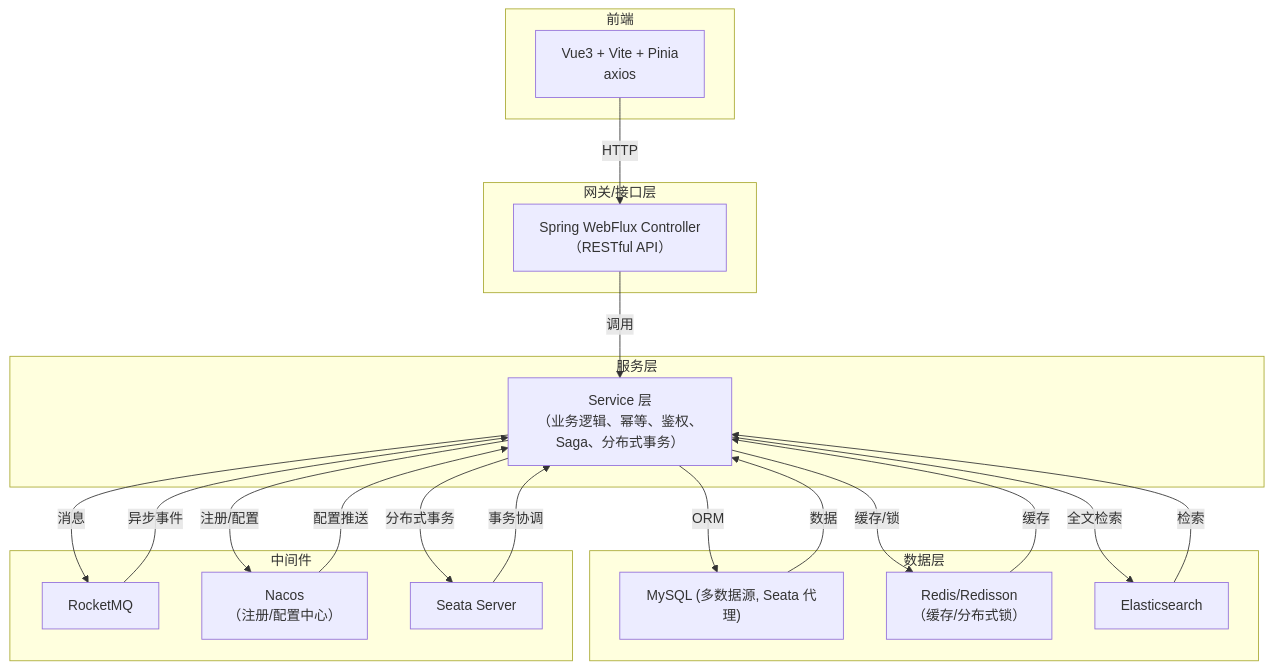
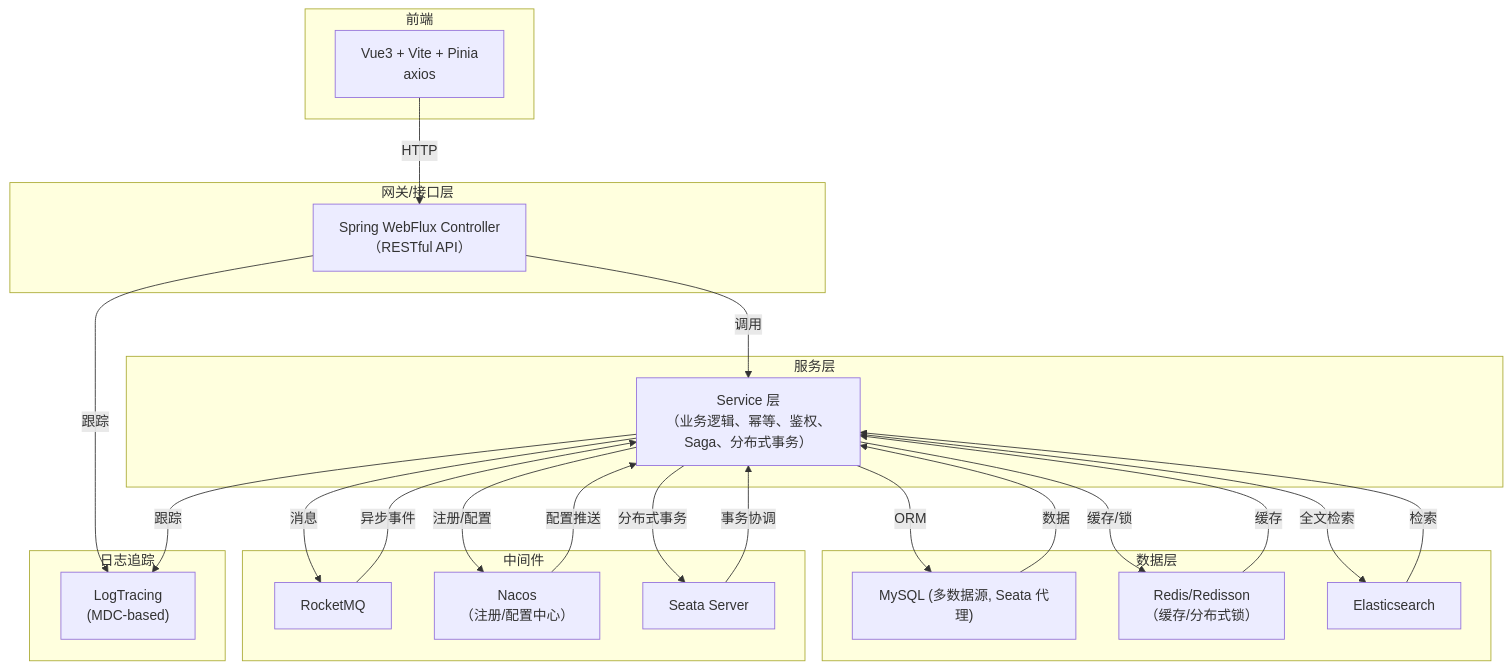
One commit to Seventeen-117/bgai changed the diagram in README.md. Above: the diagram before and after it, drawn with Mermaid. The commit also changed other lines of this file and 10 other files, not shown here.

````diff
--- a/README.md
+++ b/README.md
@@ -11,36 +11,41 @@
 ```mermaid
 flowchart TD
   subgraph 前端
     FE["Vue3 + Vite + Pinia<br/>axios"]
   end
   subgraph 网关/接口层
     GW["Spring WebFlux Controller<br/>（RESTful API）"]
   end
   subgraph 服务层
     SVC["Service 层<br/>（业务逻辑、幂等、鉴权、Saga、分布式事务）"]
   end
   subgraph 数据层
     DB["MySQL (多数据源, Seata 代理)"]
     REDIS["Redis/Redisson<br/>（缓存/分布式锁）"]
     ES["Elasticsearch"]
   end
   subgraph 中间件
     MQ["RocketMQ"]
     NACOS["Nacos<br/>（注册/配置中心）"]
     SEATA["Seata Server"]
   end
+  subgraph 日志追踪
+    LOG["LogTracing<br/>(MDC-based)"]
+  end
   FE-->|HTTP|GW
   GW-->|调用|SVC
   SVC-->|ORM|DB
   SVC-->|缓存/锁|REDIS
   SVC-->|消息|MQ
   SVC-->|全文检索|ES
   SVC-->|注册/配置|NACOS
   SVC-->|分布式事务|SEATA
   MQ-->|异步事件|SVC
   NACOS-->|配置推送|SVC
   SEATA-->|事务协调|SVC
   DB-->|数据|SVC
   REDIS-->|缓存|SVC
   ES-->|检索|SVC
+  GW-->|跟踪|LOG
+  SVC-->|跟踪|LOG
 ```
````
